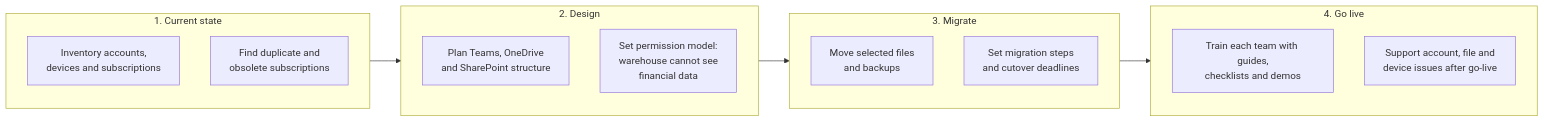
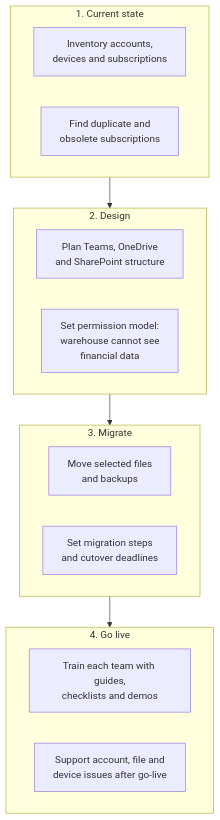
The third of 3 diagrams in README.md (graceyaruyaru-oss/process-maps), drawn with Mermaid before and after one commit. The commit also changed other lines of this file, not shown here.

````diff
--- a/README.md
+++ b/README.md
@@ -67,20 +67,20 @@
 ```mermaid
-flowchart LR
+flowchart TD
     subgraph P1[1. Current state]
         A1[Inventory accounts,<br/>devices and subscriptions]
         A2[Find duplicate and<br/>obsolete subscriptions]
     end
     subgraph P2[2. Design]
         B1[Plan Teams, OneDrive<br/>and SharePoint structure]
         B2[Set permission model:<br/>warehouse cannot see<br/>financial data]
     end
     subgraph P3[3. Migrate]
         C1[Move selected files<br/>and backups]
         C2[Set migration steps<br/>and cutover deadlines]
     end
     subgraph P4[4. Go live]
         D1[Train each team with guides,<br/>checklists and demos]
         D2[Support account, file and<br/>device issues after go-live]
     end
     P1 --> P2 --> P3 --> P4
 ```
````
